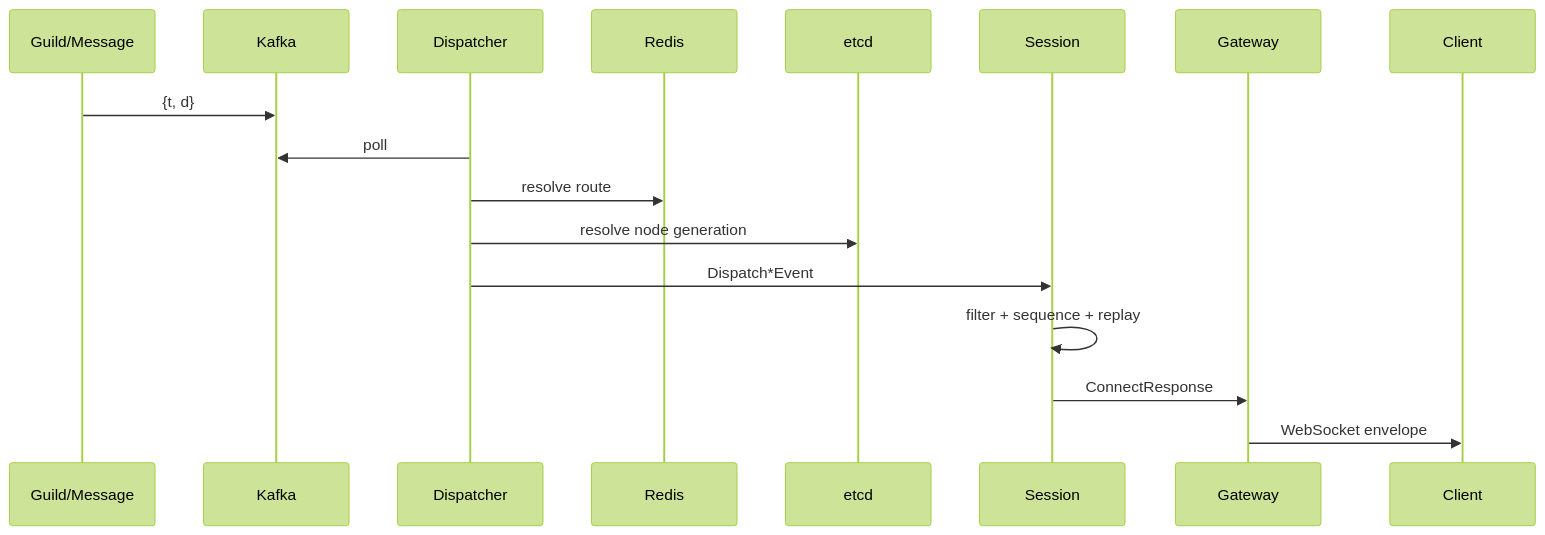
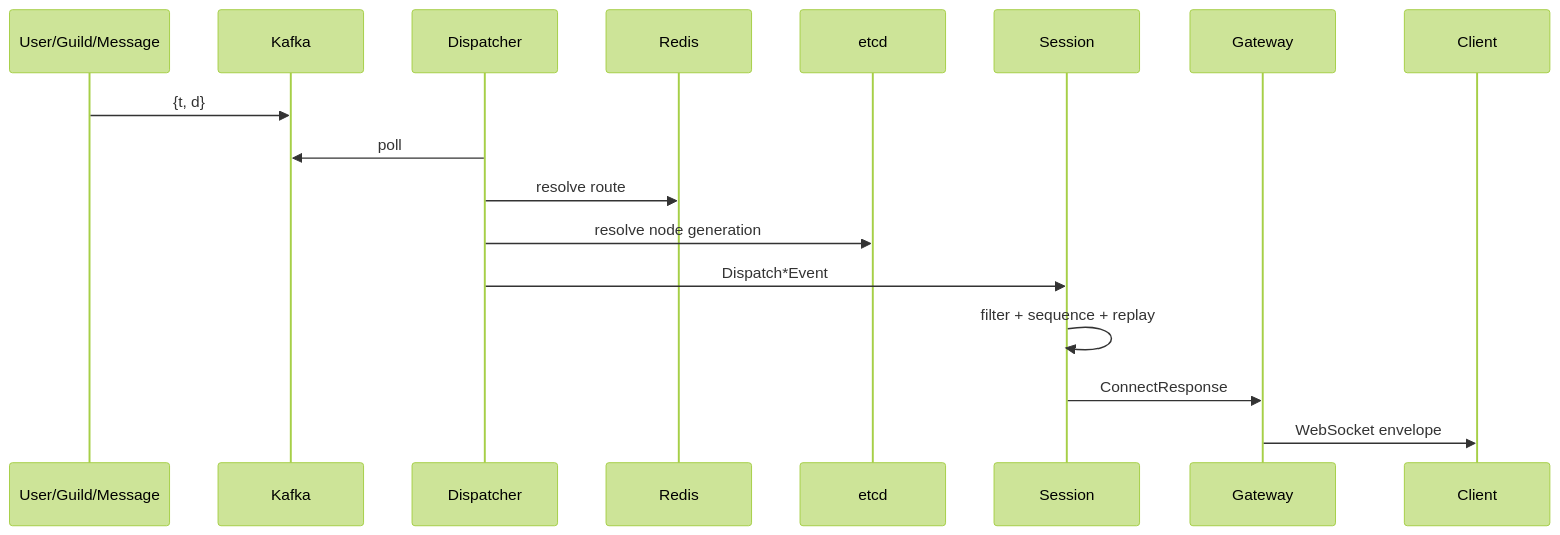
The diagram in docs/zh-CN/realtime.md (soasurs/cordis), drawn with Mermaid (forest theme) before and after one commit. The commit also changed other lines of this file and 28 other files, not shown here.

````diff
--- a/docs/zh-CN/realtime.md
+++ b/docs/zh-CN/realtime.md
@@ -38,19 +40,19 @@
 ```mermaid
 sequenceDiagram
-    participant Domain as Guild/Message
+    participant Domain as User/Guild/Message
     participant Kafka
     participant Dispatcher
     participant Redis
     participant etcd
     participant Session
     participant Gateway
     participant Client
     Domain->>Kafka: {t, d}
     Dispatcher->>Kafka: poll
     Dispatcher->>Redis: resolve route
     Dispatcher->>etcd: resolve node generation
     Dispatcher->>Session: Dispatch*Event
     Session->>Session: filter + sequence + replay
     Session->>Gateway: ConnectResponse
     Gateway->>Client: WebSocket envelope
 ```
````
